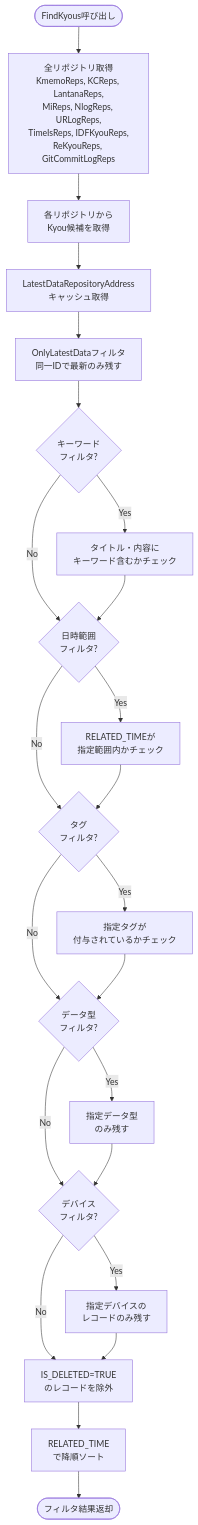
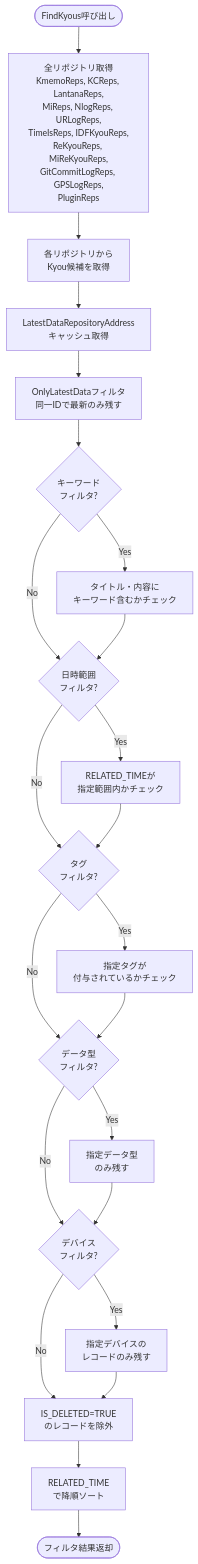
One commit to mt3hr/gkill changed the second of 13 diagrams in documents/reverse/activity-diagrams.md. Above: the diagram before and after it, drawn with Mermaid. The commit also changed other lines of this file and 25 other files, not shown here.

````diff
--- a/documents/reverse/activity-diagrams.md
+++ b/documents/reverse/activity-diagrams.md
@@ -67,32 +83,32 @@
 ```mermaid
 flowchart TD
-    Start([FindKyous呼び出し]) --> GetRepos[全リポジトリ取得<br>KmemoReps, KCReps, LantanaReps,<br>MiReps, NlogReps, URLogReps,<br>TimeIsReps, IDFKyouReps,<br>ReKyouReps, GitCommitLogReps]
+    Start([FindKyous呼び出し]) --> GetRepos[全リポジトリ取得<br>KmemoReps, KCReps, LantanaReps,<br>MiReps, NlogReps, URLogReps,<br>TimeIsReps, IDFKyouReps,<br>ReKyouReps, MiReKyouReps,<br>GitCommitLogReps, GPSLogReps,<br>PluginReps]
 
     GetRepos --> FetchAll[各リポジトリから<br>Kyou候補を取得]
     FetchAll --> GetCache[LatestDataRepositoryAddress<br>キャッシュ取得]
     GetCache --> FilterLatest[OnlyLatestDataフィルタ<br>同一IDで最新のみ残す]
 
     FilterLatest --> FilterKeyword{キーワード<br>フィルタ?}
     FilterKeyword -->|Yes| ApplyKeyword[タイトル・内容に<br>キーワード含むかチェック]
     FilterKeyword -->|No| FilterTime
 
     ApplyKeyword --> FilterTime{日時範囲<br>フィルタ?}
     FilterTime -->|Yes| ApplyTime[RELATED_TIMEが<br>指定範囲内かチェック]
     FilterTime -->|No| FilterTag
 
     ApplyTime --> FilterTag{タグ<br>フィルタ?}
     FilterTag -->|Yes| ApplyTag[指定タグが<br>付与されているかチェック]
     FilterTag -->|No| FilterDataType
 
     ApplyTag --> FilterDataType{データ型<br>フィルタ?}
     FilterDataType -->|Yes| ApplyDataType[指定データ型<br>のみ残す]
     FilterDataType -->|No| FilterDevice
 
     ApplyDataType --> FilterDevice{デバイス<br>フィルタ?}
     FilterDevice -->|Yes| ApplyDevice[指定デバイスの<br>レコードのみ残す]
     FilterDevice -->|No| FilterDeleted
 
     ApplyDevice --> FilterDeleted[IS_DELETED=TRUE<br>のレコードを除外]
     FilterDeleted --> Sort[RELATED_TIME<br>で降順ソート]
     Sort --> Return([フィルタ結果返却])
 ```
````
